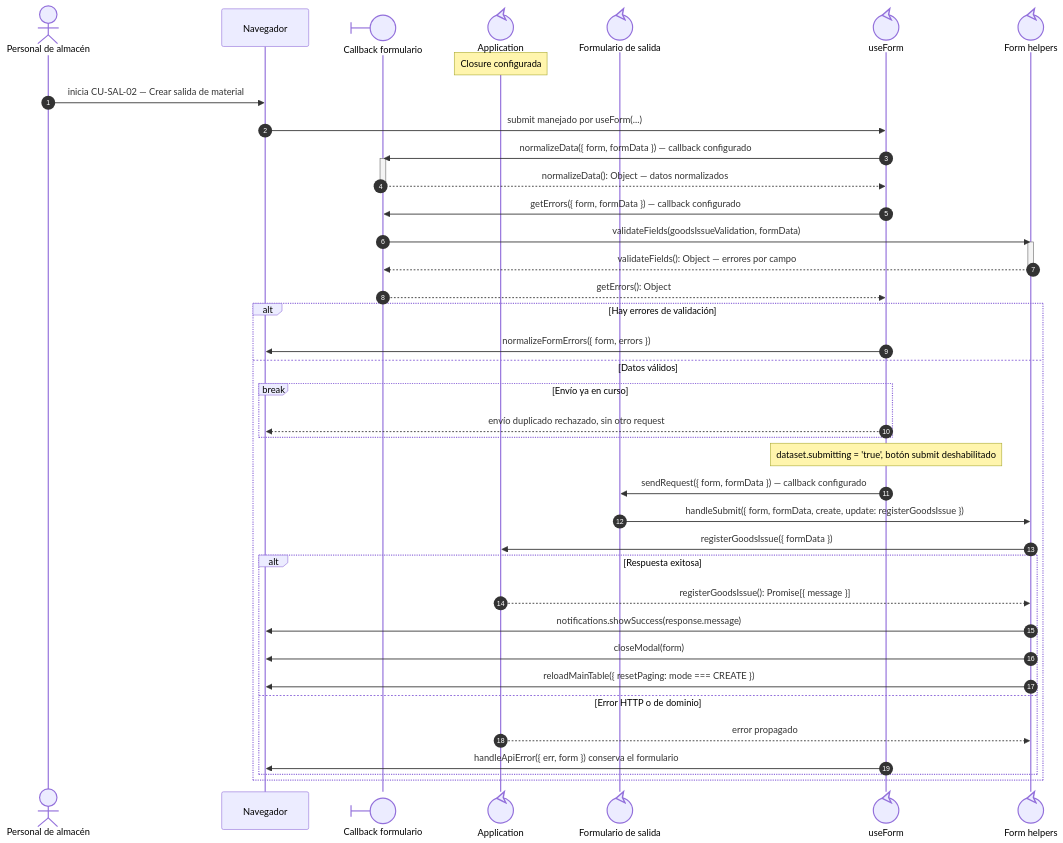
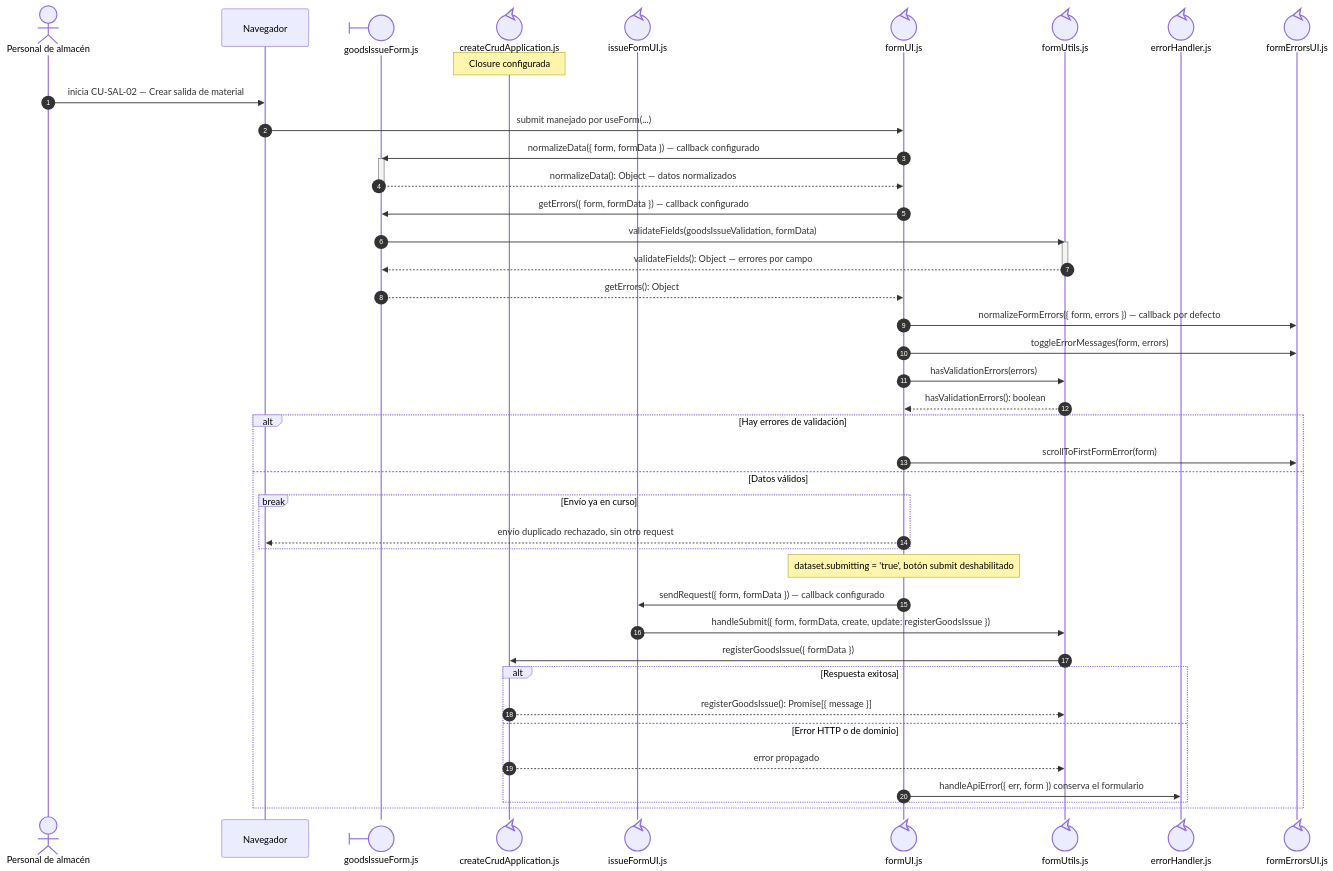
Before and after one commit to gpgsistemas01/nexus: the second of 3 diagrams in docs/architecture/views/processes/frontend-code-sequences/issues/cu-sal-02.md, drawn with Mermaid. The commit also changed other lines of this file and 192 other files, not shown here.

Commit message:
docs: make sequence file ownership explicit and align code flows

````diff
--- a/docs/architecture/views/processes/frontend-code-sequences/issues/cu-sal-02.md
+++ b/docs/architecture/views/processes/frontend-code-sequences/issues/cu-sal-02.md
@@ -36,45 +136,49 @@
 ```mermaid
 sequenceDiagram
     autonumber
     actor Initiator as Personal de almacén
     participant Browser as Navegador
-    participant View@{ "type": "boundary" } as Callback formulario
-    participant Application@{ "type": "control" } as Application
-    participant IssueUI@{ "type": "control" } as Formulario de salida
-    participant Form@{ "type": "control" } as useForm
-    participant FormUtils@{ "type": "control" } as Form helpers
+    participant View@{ "type": "boundary" } as goodsIssueForm.js
+    participant Application@{ "type": "control" } as createCrudApplication.js
+    participant IssueUI@{ "type": "control" } as issueFormUI.js
+    participant Form@{ "type": "control" } as formUI.js
+    participant FormUtils@{ "type": "control" } as formUtils.js
+
+    participant FileErrorHandler@{ "type": "control" } as errorHandler.js
+    participant FileFormErrorsUI@{ "type": "control" } as formErrorsUI.js
 
     Note over Application: Closure configurada
     Initiator->>Browser: inicia CU-SAL-02 — Crear salida de material
     Browser->>Form: submit manejado por useForm(...)
     Form->>View: normalizeData({ form, formData }) — callback configurado
     activate View
     View-->>Form: normalizeData(): Object — datos normalizados
     deactivate View
     Form->>View: getErrors({ form, formData }) — callback configurado
     View->>FormUtils: validateFields(goodsIssueValidation, formData)
     activate FormUtils
     FormUtils-->>View: validateFields(): Object — errores por campo
     deactivate FormUtils
     View-->>Form: getErrors(): Object
+    Form->>FileFormErrorsUI: normalizeFormErrors({ form, errors }) — callback por defecto
+    Form->>FileFormErrorsUI: toggleErrorMessages(form, errors)
+    Form->>FormUtils: hasValidationErrors(errors)
+    FormUtils-->>Form: hasValidationErrors(): boolean
     alt Hay errores de validación
-        Form->>Browser: normalizeFormErrors({ form, errors })
+        Form->>FileFormErrorsUI: scrollToFirstFormError(form)
     else Datos válidos
         break Envío ya en curso
             Form-->>Browser: envío duplicado rechazado, sin otro request
     end
         Note over Form: dataset.submitting = 'true', botón submit deshabilitado
         Form->>IssueUI: sendRequest({ form, formData }) — callback configurado
         IssueUI->>FormUtils: handleSubmit({ form, formData, create, update: registerGoodsIssue })
         FormUtils->>Application: registerGoodsIssue({ formData })
         alt Respuesta exitosa
             Application-->>FormUtils: registerGoodsIssue(): Promise[{ message }]
-            FormUtils->>Browser: notifications.showSuccess(response.message)
-            FormUtils->>Browser: closeModal(form)
-            FormUtils->>Browser: reloadMainTable({ resetPaging: mode === CREATE })
         else Error HTTP o de dominio
             Application-->>FormUtils: error propagado
-            Form->>Browser: handleApiError({ err, form }) conserva el formulario
+            Form->>FileErrorHandler: handleApiError({ err, form }) conserva el formulario
     end
     end
 ```
````
